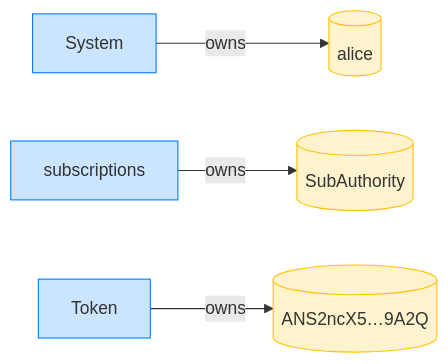
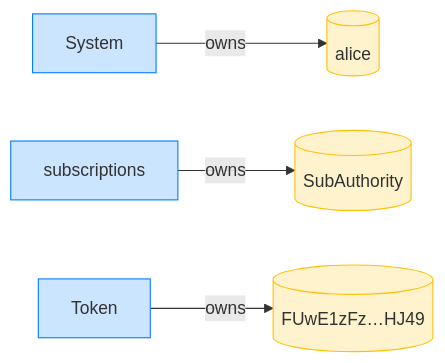
The fourth of 4 diagrams in dsl_tests/close--writable-accounts-must-be-writable.md (cds-rs/subscriptions), drawn with Mermaid before and after one commit. The commit also changed other lines of this file and 224 other files, not shown here.

````diff
--- a/dsl_tests/close--writable-accounts-must-be-writable.md
+++ b/dsl_tests/close--writable-accounts-must-be-writable.md
@@ -71,14 +76,14 @@
 ```mermaid
 flowchart LR
     classDef owner fill:#cce5ff,stroke:#007bff;
     classDef account fill:#fff3cd,stroke:#ffc107;
     System[System]:::owner
     alice[(alice)]:::account
     subscriptions[subscriptions]:::owner
     SubAuthority[(SubAuthority)]:::account
     Token[Token]:::owner
-    ANS2ncX5_9A2Q[("ANS2ncX5…9A2Q")]:::account
+    FUwE1zFz_HJ49[("FUwE1zFz…HJ49")]:::account
     System -->|owns| alice
     subscriptions -->|owns| SubAuthority
-    Token -->|owns| ANS2ncX5_9A2Q
+    Token -->|owns| FUwE1zFz_HJ49
 ```
````
